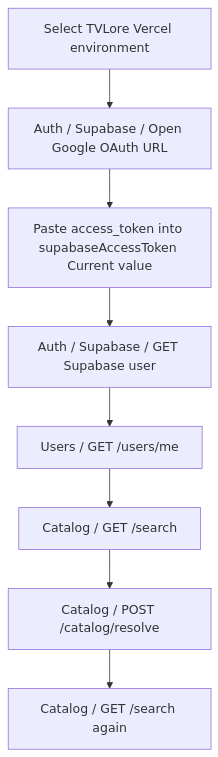
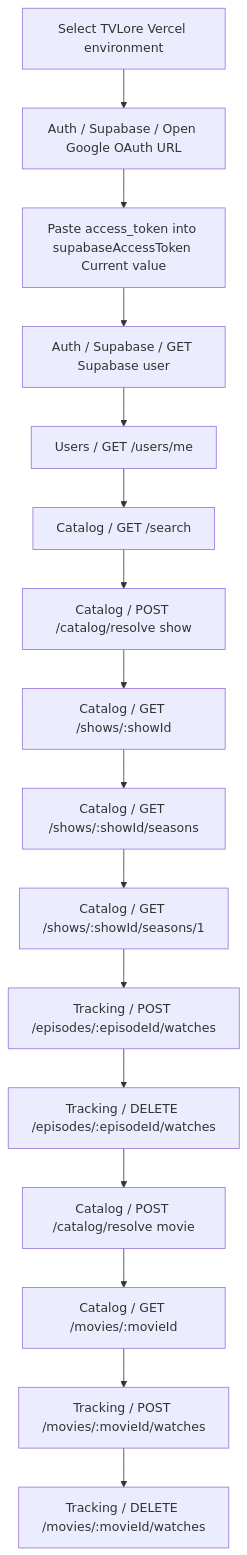
One commit to luiskabal/tvlore changed the ninth of 9 diagrams in docs/current-state.md. Above: the diagram before and after it, drawn with Mermaid. The commit also changed other lines of this file and 21 other files, not shown here.

Commit message:
feat: add watch tracking endpoints

````diff
--- a/docs/current-state.md
+++ b/docs/current-state.md
@@ -519,19 +550,35 @@
 ```mermaid
 flowchart TB
   Env[Select TVLore Vercel environment]
   Login[Auth / Supabase / Open Google OAuth URL]
   Token[Paste access_token into supabaseAccessToken Current value]
   Validate[Auth / Supabase / GET Supabase user]
   Me[Users / GET /users/me]
   Search[Catalog / GET /search]
-  Resolve[Catalog / POST /catalog/resolve]
-  SearchAgain[Catalog / GET /search again]
+  ResolveShow[Catalog / POST /catalog/resolve show]
+  Show[Catalog / GET /shows/:showId]
+  Seasons[Catalog / GET /shows/:showId/seasons]
+  Season[Catalog / GET /shows/:showId/seasons/1]
+  EpisodeWatch[Tracking / POST /episodes/:episodeId/watches]
+  EpisodeUnwatch[Tracking / DELETE /episodes/:episodeId/watches]
+  ResolveMovie[Catalog / POST /catalog/resolve movie]
+  Movie[Catalog / GET /movies/:movieId]
+  MovieWatch[Tracking / POST /movies/:movieId/watches]
+  MovieUnwatch[Tracking / DELETE /movies/:movieId/watches]
 
   Env --> Login
   Login --> Token
   Token --> Validate
   Validate --> Me
   Me --> Search
-  Search --> Resolve
-  Resolve --> SearchAgain
+  Search --> ResolveShow
+  ResolveShow --> Show
+  Show --> Seasons
+  Seasons --> Season
+  Season --> EpisodeWatch
+  EpisodeWatch --> EpisodeUnwatch
+  EpisodeUnwatch --> ResolveMovie
+  ResolveMovie --> Movie
+  Movie --> MovieWatch
+  MovieWatch --> MovieUnwatch
 ```
````
